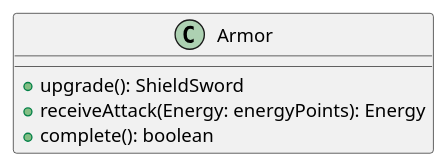
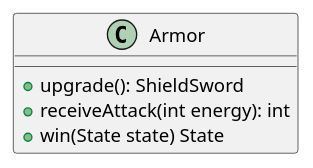
One commit to PabloGCH/tp2-algo3 changed the diagram in diagrams/classes/Equipment/Armor.puml. Above: the diagram before and after it, drawn with PlantUML. The commit also changed 95 other files, not shown here.

```diff
--- a/diagrams/classes/Equipment/Armor.puml
+++ b/diagrams/classes/Equipment/Armor.puml
@@ -1,7 +1,7 @@
 @startuml
 class Armor {
     +upgrade(): ShieldSword
-    +receiveAttack(Energy: energyPoints): Energy
-    +complete(): boolean
+    +receiveAttack(int energy): int
+    +win(State state) State
 }
 @enduml
```
